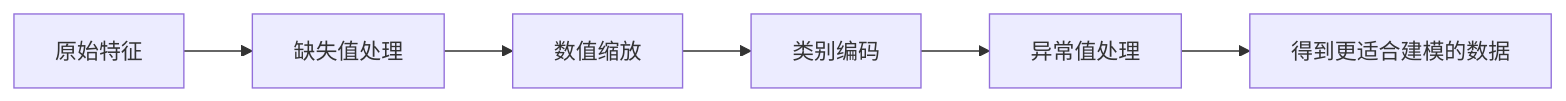
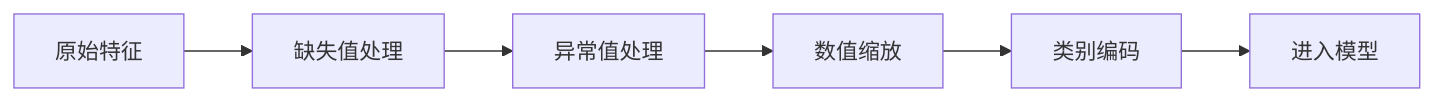
Before and after one commit to oudbiao/AI-fullstack-course: the diagram in docs/stage4/ch05-feature-engineering/02-preprocessing.md, drawn with Mermaid. The commit also changed other lines of this file and 13 other files, not shown here.

````diff
--- a/docs/stage4/ch05-feature-engineering/02-preprocessing.md
+++ b/docs/stage4/ch05-feature-engineering/02-preprocessing.md
@@ -29,8 +25,8 @@
 ```mermaid
 flowchart LR
-    A["原始特征"] --> B["缺失值处理"]
-    B --> C["数值缩放"]
-    C --> D["类别编码"]
-    D --> E["异常值处理"]
-    E --> F["得到更适合建模的数据"]
+  A[原始特征] --> B[缺失值处理]
+  B --> C[异常值处理]
+  C --> D[数值缩放]
+  D --> E[类别编码]
+  E --> F[进入模型]
 ```
````
